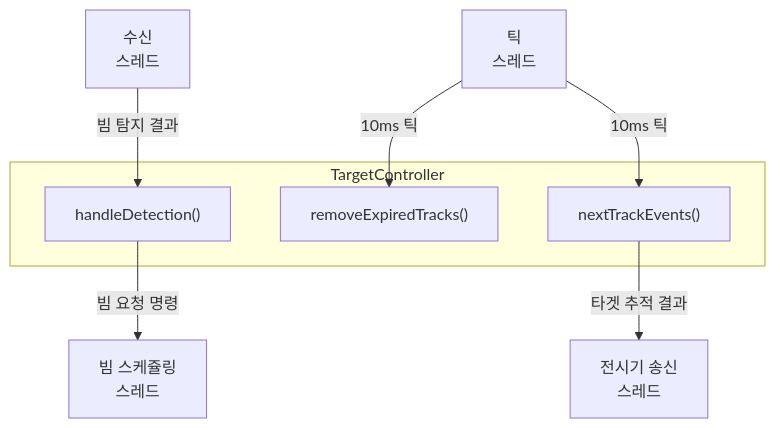
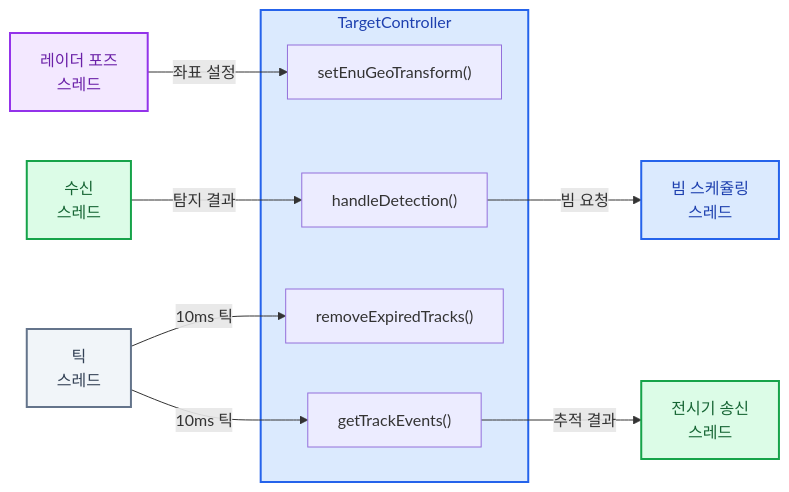
Before and after one commit to AESAlien/aesa-processor: the first of 3 diagrams in src/target/README.md, drawn with Mermaid. The commit also changed other lines of this file and 114 other files, not shown here.

````diff
--- a/src/target/README.md
+++ b/src/target/README.md
@@ -5,19 +5,33 @@
 ```mermaid
-flowchart TB
+flowchart LR
     CommReceiveWorker[수신<br/>스레드]
+    PoseWorker[레이더 포즈<br/>스레드]
     TickWorker[틱<br/>스레드]
     BeamWorker[빔 스케쥴링<br/>스레드]
     ConsoleSendWorker[전시기 송신<br/>스레드]
 
     subgraph TargetController
+        setEnuGeoTransform["setEnuGeoTransform()"]
         handleDetection["handleDetection()"]
         removeExpiredTracks["removeExpiredTracks()"]
-        nextTrackEvents["nextTrackEvents()"]
+        getTrackEvents["getTrackEvents()"]
     end
 
-    CommReceiveWorker -->|빔 탐지 결과| handleDetection
-    handleDetection -->|빔 요청 명령| BeamWorker
+    CommReceiveWorker -->|탐지 결과| handleDetection
+    PoseWorker -->|좌표 설정| setEnuGeoTransform
+    handleDetection -->|빔 요청| BeamWorker
     TickWorker -->|10ms 틱| removeExpiredTracks
-    TickWorker -->|10ms 틱| nextTrackEvents
-    nextTrackEvents -->|타겟 추적 결과| ConsoleSendWorker
+    TickWorker -->|10ms 틱| getTrackEvents
+    getTrackEvents -->|추적 결과| ConsoleSendWorker
+
+    classDef communication fill:#DCFCE7,stroke:#16A34A,color:#166534,stroke-width:2px
+    classDef processing fill:#DBEAFE,stroke:#2563EB,color:#1E40AF,stroke-width:2px
+    classDef utility fill:#F3E8FF,stroke:#9333EA,color:#6B21A8,stroke-width:2px
+    classDef control fill:#F1F5F9,stroke:#64748B,color:#334155,stroke-width:2px
+
+    class CommReceiveWorker,ConsoleSendWorker communication
+    class BeamWorker processing
+    class PoseWorker utility
+    class TickWorker control
+    style TargetController fill:#DBEAFE,stroke:#2563EB,color:#1E40AF,stroke-width:2px
 ```
````
